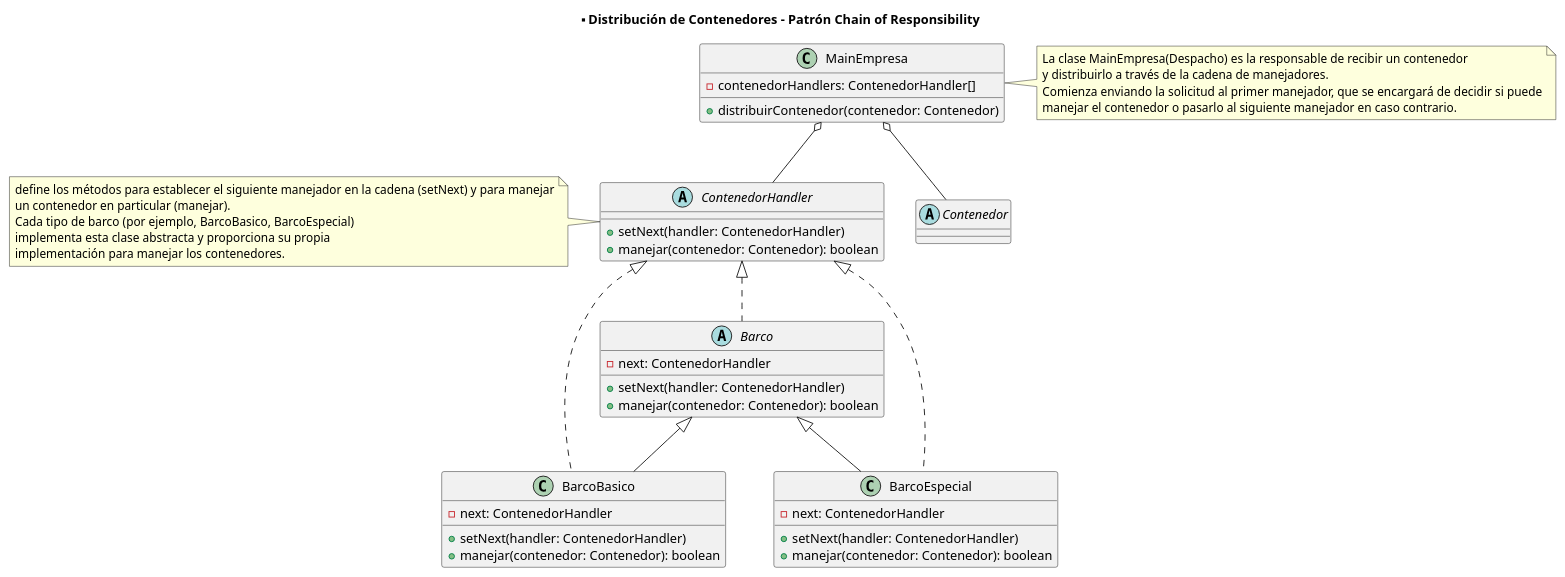
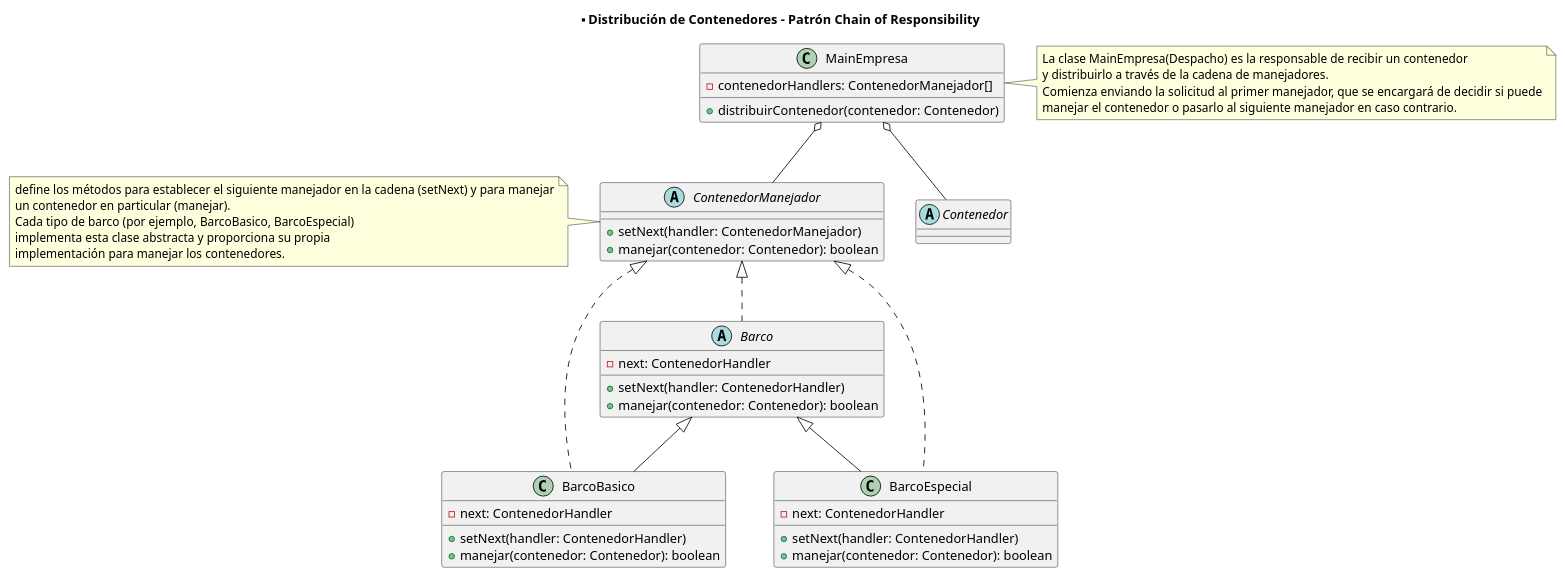
The diagram in Diagrama/DistribucionContenedores.puml (LMontes94/TP-Containers), drawn with PlantUML before and after one commit. The commit also changed 46 other files, not shown here.

```diff
--- a/Diagrama/DistribucionContenedores.puml
+++ b/Diagrama/DistribucionContenedores.puml
@@ -1,55 +1,55 @@
 @startuml
 
 title ** Distribución de Contenedores - Patrón Chain of Responsibility
 
-abstract class ContenedorHandler {
-    + setNext(handler: ContenedorHandler)
+abstract class ContenedorManejador {
+    + setNext(handler: ContenedorManejador)
     + manejar(contenedor: Contenedor): boolean
 }
 
-class BarcoBasico extends Barco implements ContenedorHandler {
+class BarcoBasico extends Barco implements ContenedorManejador {
     - next: ContenedorHandler
     + setNext(handler: ContenedorHandler)
     + manejar(contenedor: Contenedor): boolean
 }
 
-class BarcoEspecial extends Barco implements ContenedorHandler {
+class BarcoEspecial extends Barco implements ContenedorManejador {
     - next: ContenedorHandler
     + setNext(handler: ContenedorHandler)
     + manejar(contenedor: Contenedor): boolean
 }
 
-abstract class Barco implements ContenedorHandler {
+abstract class Barco implements ContenedorManejador {
     - next: ContenedorHandler
     + setNext(handler: ContenedorHandler)
     + manejar(contenedor: Contenedor): boolean
 }
 
 abstract class Contenedor {
 }
 
 class MainEmpresa {
-    - contenedorHandlers: ContenedorHandler[]
+    - contenedorHandlers: ContenedorManejador[]
     + distribuirContenedor(contenedor: Contenedor)
 }
 
 MainEmpresa o-- Contenedor
-MainEmpresa o-- ContenedorHandler
+MainEmpresa o-- ContenedorManejador
 
 ' Notas
 
-note left of ContenedorHandler
+note left of ContenedorManejador
 define los métodos para establecer el siguiente manejador en la cadena (setNext) y para manejar
 un contenedor en particular (manejar). 
 Cada tipo de barco (por ejemplo, BarcoBasico, BarcoEspecial)
 implementa esta clase abstracta y proporciona su propia
 implementación para manejar los contenedores.
 end note
 
 note right of MainEmpresa
 La clase MainEmpresa(Despacho) es la responsable de recibir un contenedor
 y distribuirlo a través de la cadena de manejadores. 
 Comienza enviando la solicitud al primer manejador, que se encargará de decidir si puede
 manejar el contenedor o pasarlo al siguiente manejador en caso contrario.
 end note
 @enduml
```
